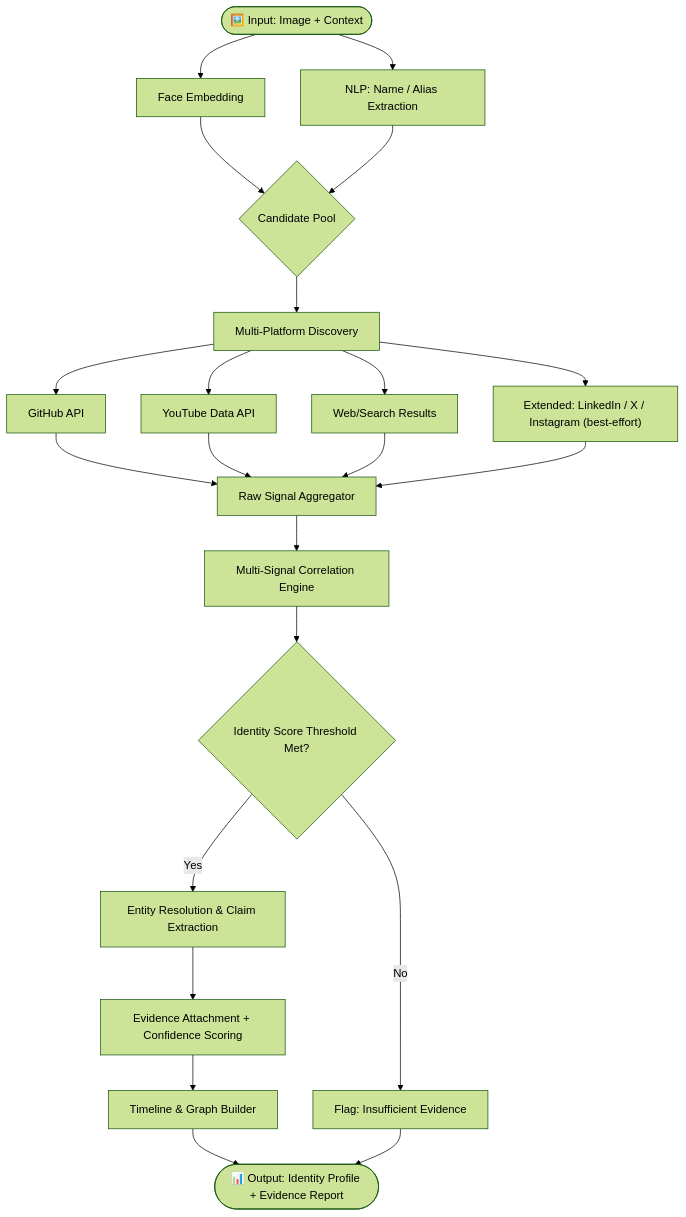
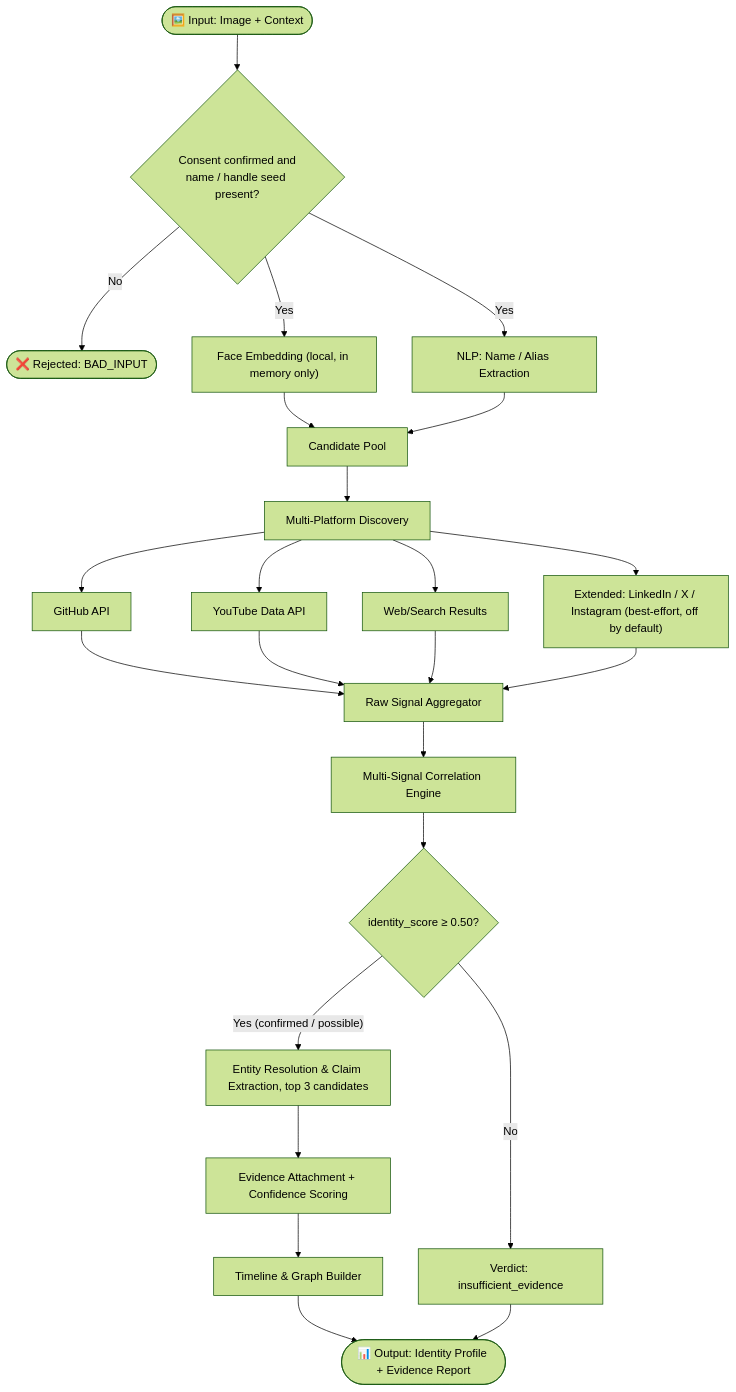
The diagram in README.md (Abhinavjy27/NeuraX), drawn with Mermaid (forest theme) before and after one commit. The commit also changed other lines of this file, not shown here.

````diff
--- a/README.md
+++ b/README.md
@@ -118,21 +119,23 @@
 ```mermaid
 flowchart TD
-    A([🖼️ Input: Image + Context]) --> B[Face Embedding]
-    A --> C[NLP: Name / Alias Extraction]
-    B --> D{Candidate Pool}
+    A([🖼️ Input: Image + Context]) --> A2{"Consent confirmed and<br/>name / handle seed present?"}
+    A2 -- No --> X([❌ Rejected: BAD_INPUT])
+    A2 -- Yes --> B["Face Embedding (local, in memory only)"]
+    A2 -- Yes --> C[NLP: Name / Alias Extraction]
+    B --> D[Candidate Pool]
     C --> D
     D --> E[Multi-Platform Discovery]
     E --> F1[GitHub API]
     E --> F2[YouTube Data API]
     E --> F3[Web/Search Results]
-    E --> F4["Extended: LinkedIn / X / Instagram (best-effort)"]
+    E --> F4["Extended: LinkedIn / X / Instagram (best-effort, off by default)"]
     F1 & F2 & F3 & F4 --> G[Raw Signal Aggregator]
     G --> H[Multi-Signal Correlation Engine]
-    H --> I{Identity Score Threshold Met?}
-    I -- Yes --> J[Entity Resolution & Claim Extraction]
-    I -- No --> K[Flag: Insufficient Evidence]
+    H --> I{"identity_score ≥ 0.50?"}
+    I -- "Yes (confirmed / possible)" --> J[Entity Resolution & Claim Extraction, top 3 candidates]
+    I -- "No" --> K[Verdict: insufficient_evidence]
     J --> L[Evidence Attachment + Confidence Scoring]
     L --> M[Timeline & Graph Builder]
     M --> N([📊 Output: Identity Profile + Evidence Report])
     K --> N
 ```
````
